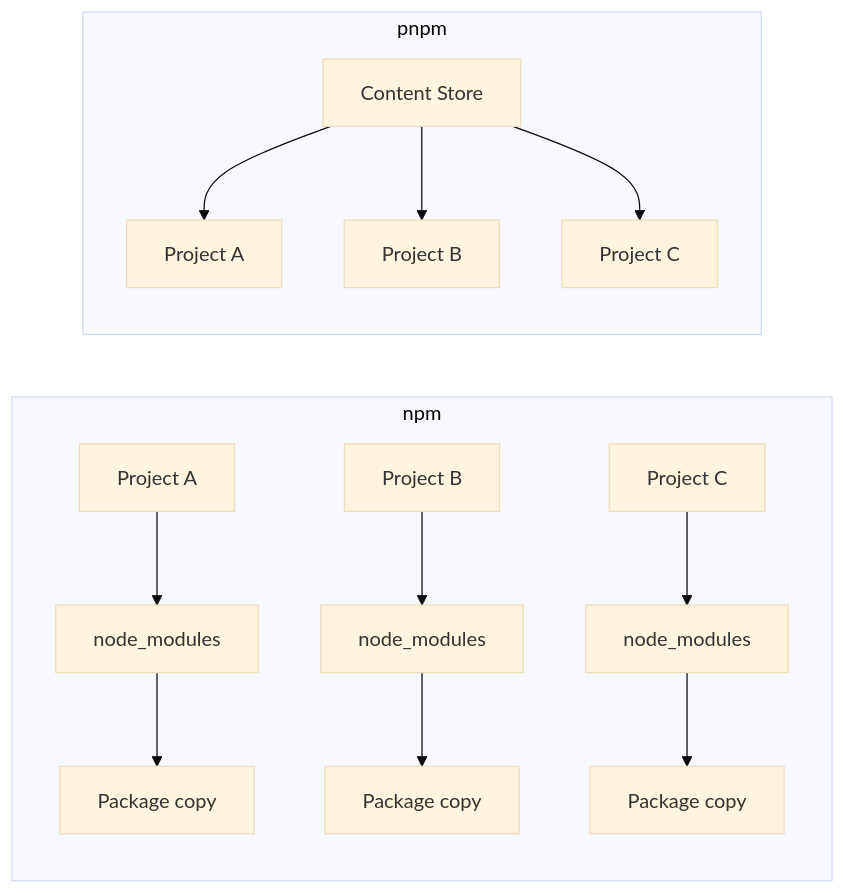
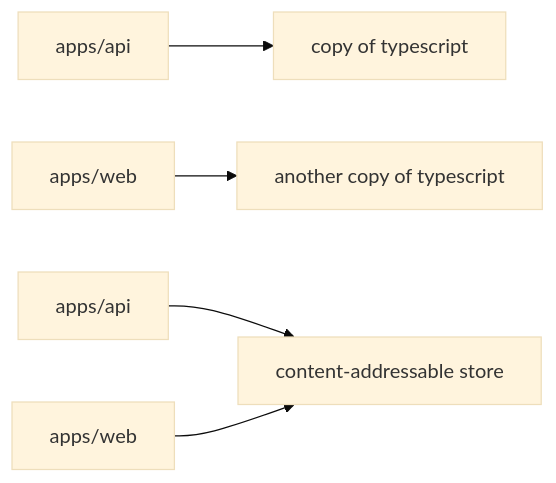
One commit to mytheondev/mytheondev changed the first of 2 diagrams in src/content/blog/why-pnpm-over-npm-and-yarn.md. Above: the diagram before and after it, drawn with Mermaid (base theme). The commit also changed other lines of this file and 33 other files, not shown here.

````diff
--- a/src/content/blog/why-pnpm-over-npm-and-yarn.md
+++ b/src/content/blog/why-pnpm-over-npm-and-yarn.md
@@ -113,16 +75,7 @@
 ```mermaid
 flowchart LR
-
-    subgraph npm["npm"]
-        A["Project A"] --> AModules["node_modules"] --> APackage["Package copy"]
-        B["Project B"] --> BModules["node_modules"] --> BPackage["Package copy"]
-        C["Project C"] --> CModules["node_modules"] --> CPackage["Package copy"]
-    end
-
-    subgraph pnpm["pnpm"]
-        store["Content Store"]
-        store --> PA["Project A"]
-        store --> PB["Project B"]
-        store --> PC["Project C"]
-    end
+  npmApi["apps/api"] --> copyA["copy of typescript"]
+  npmWeb["apps/web"] --> copyB["another copy of typescript"]
+  pnpmApi["apps/api"] --> store["content-addressable store"]
+  pnpmWeb["apps/web"] --> store
 ```
````
